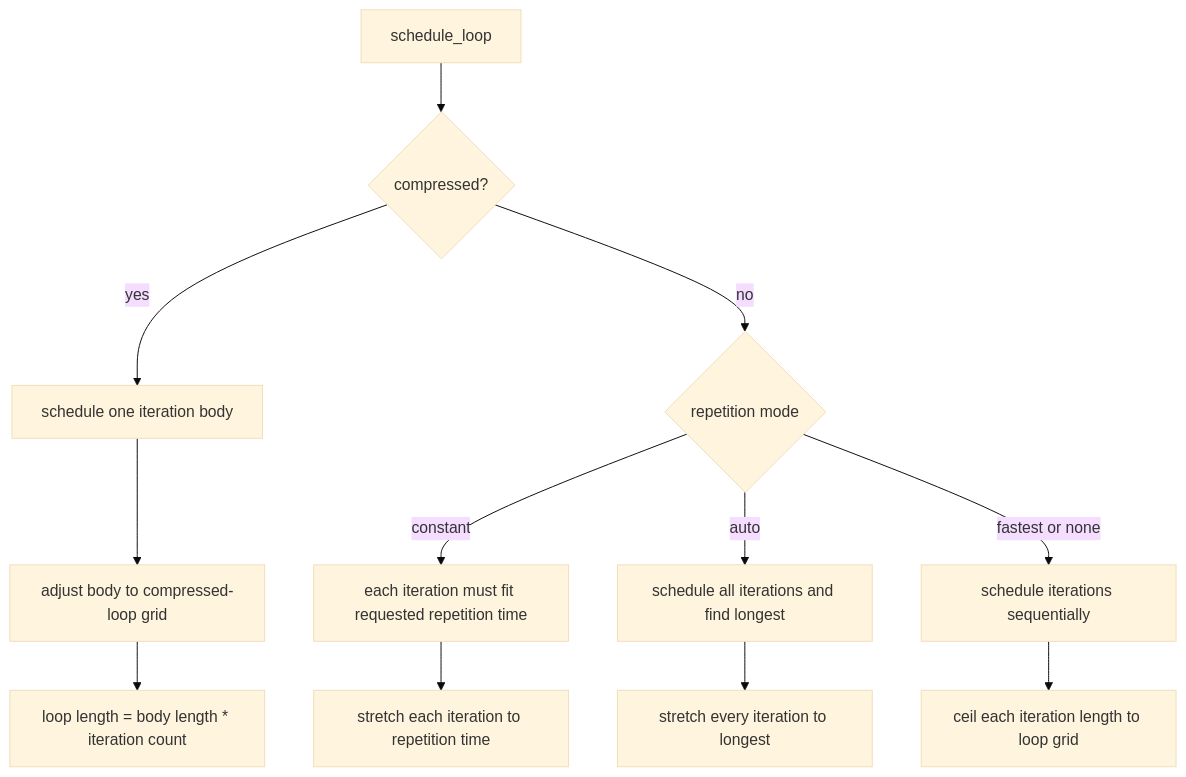
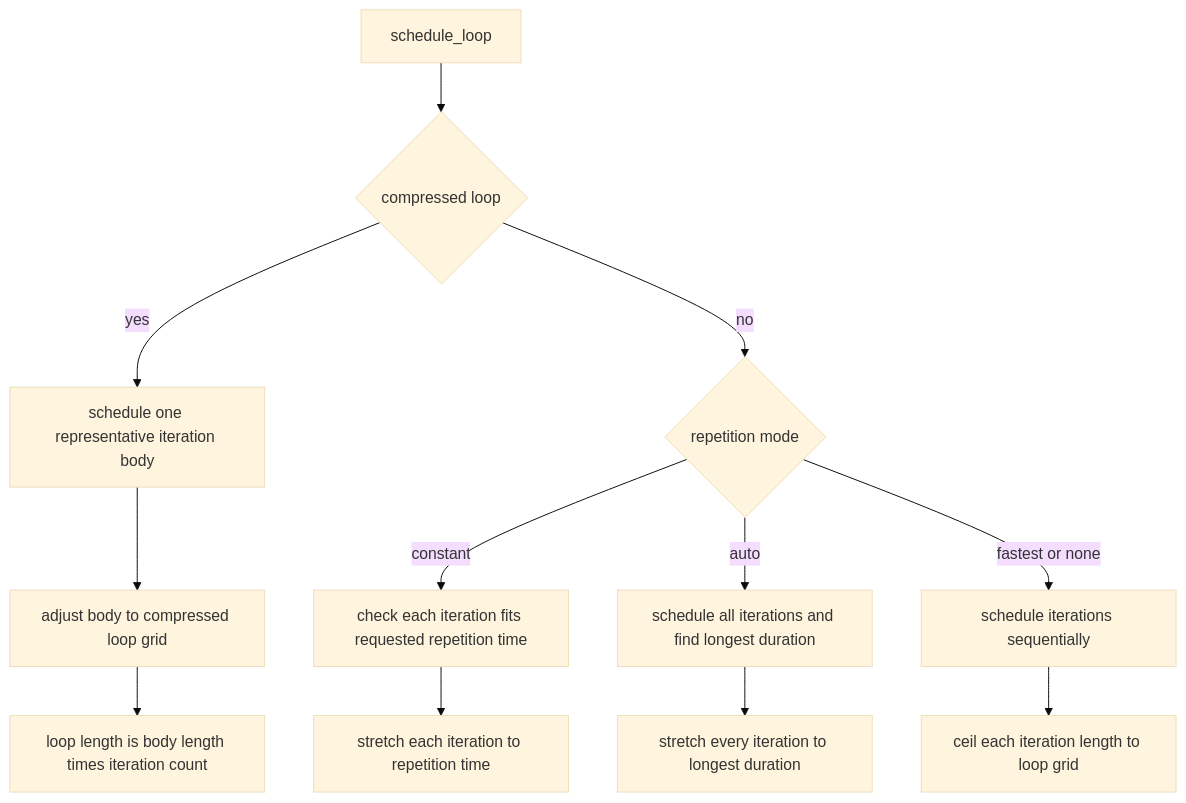
One commit to brianzi/laboneq-devguide changed the seventh of 11 diagrams in docs/04a-global-scheduling-implementation.md. Above: the diagram before and after it, drawn with Mermaid (base theme). The commit also changed other lines of this file, not shown here.

Commit message:
Fix scheduling Mermaid diagrams

````diff
--- a/docs/04a-global-scheduling-implementation.md
+++ b/docs/04a-global-scheduling-implementation.md
@@ -191,14 +183,14 @@
 ```mermaid
 flowchart TD
-    A[schedule_loop] --> B{compressed?}
-    B -->|yes| C[schedule one iteration body]
-    C --> D[adjust body to compressed-loop grid]
-    D --> E[loop length = body length * iteration count]
-    B -->|no| F{repetition mode}
-    F -->|constant| G[each iteration must fit requested repetition time]
-    G --> H[stretch each iteration to repetition time]
-    F -->|auto| I[schedule all iterations and find longest]
-    I --> J[stretch every iteration to longest]
-    F -->|fastest or none| K[schedule iterations sequentially]
-    K --> L[ceil each iteration length to loop grid]
+    A["schedule_loop"] --> B{"compressed loop"}
+    B -->|"yes"| C["schedule one representative iteration body"]
+    C --> D["adjust body to compressed loop grid"]
+    D --> E["loop length is body length times iteration count"]
+    B -->|"no"| F{"repetition mode"}
+    F -->|"constant"| G["check each iteration fits requested repetition time"]
+    G --> H["stretch each iteration to repetition time"]
+    F -->|"auto"| I["schedule all iterations and find longest duration"]
+    I --> J["stretch every iteration to longest duration"]
+    F -->|"fastest or none"| K["schedule iterations sequentially"]
+    K --> L["ceil each iteration length to loop grid"]
 ```
````
